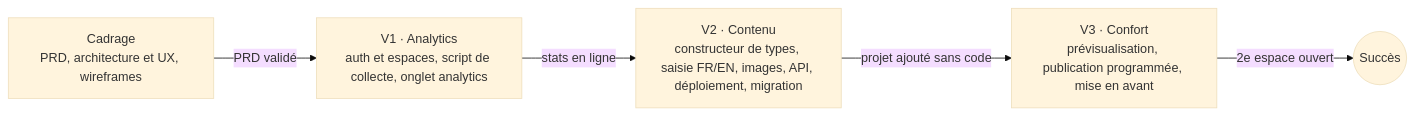
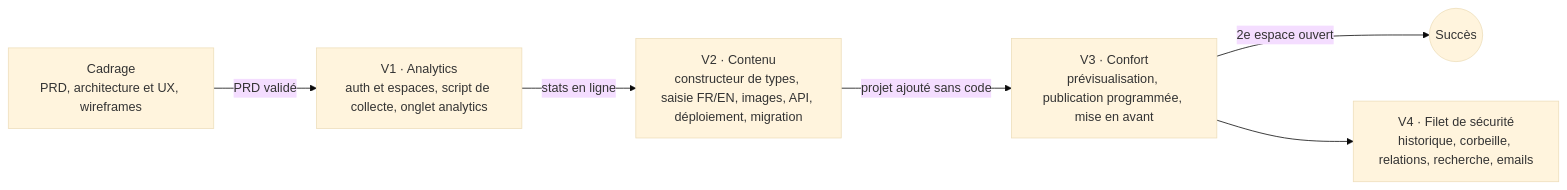
The second of 2 diagrams in docs/01-PRD.md (K0Konut/Headless_CMS), drawn with Mermaid (base theme) before and after one commit. The commit also changed other lines of this file and 1 other file, not shown here.

````diff
--- a/docs/01-PRD.md
+++ b/docs/01-PRD.md
@@ -249,7 +283,8 @@
 ```mermaid
 flowchart LR
     C["Cadrage<br/>PRD, architecture et UX, wireframes"] -->|PRD validé| V1["V1 · Analytics<br/>auth et espaces, script de collecte, onglet analytics"]
     V1 -->|stats en ligne| V2["V2 · Contenu<br/>constructeur de types, saisie FR/EN, images, API, déploiement, migration"]
     V2 -->|projet ajouté sans code| V3["V3 · Confort<br/>prévisualisation, publication programmée, mise en avant"]
     V3 -->|2e espace ouvert| F(("Succès"))
+    V3 --> V4["V4 · Filet de sécurité<br/>historique, corbeille, relations, recherche, emails"]
 ```
````
